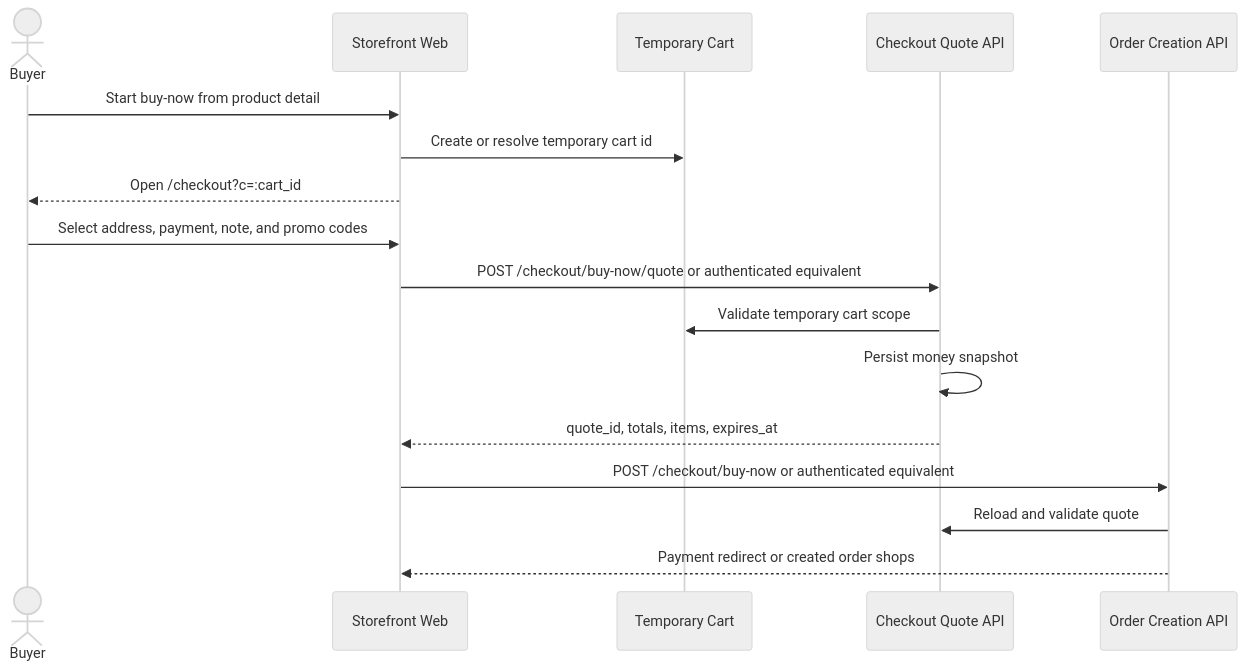
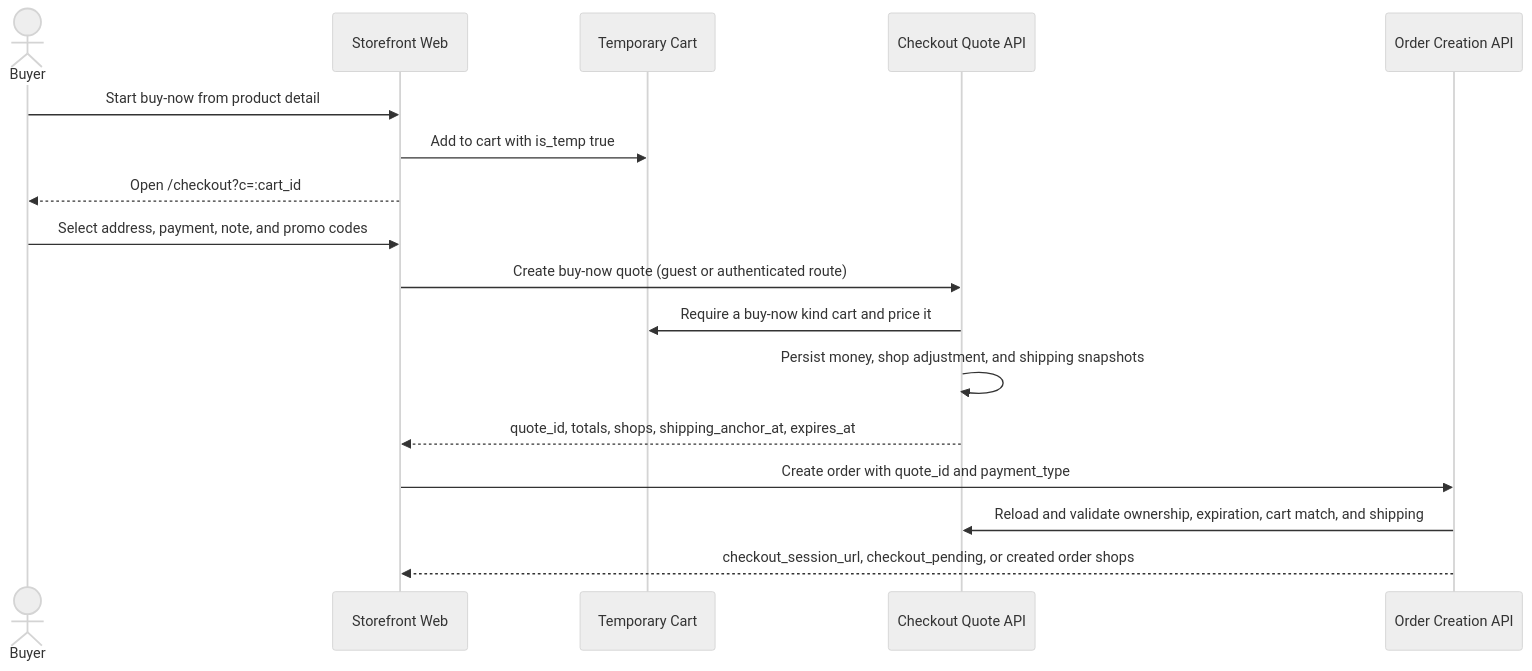
The diagram in docs/features/checkout/flows/buy-now-checkout.md (dauphaihau-arc/arc), drawn with Mermaid (neutral theme) before and after one commit. The commit also changed other lines of this file and 19 other files, not shown here.

Commit message:
docs(checkout): align checkout flows with implemented API contracts

````diff
--- a/docs/features/checkout/flows/buy-now-checkout.md
+++ b/docs/features/checkout/flows/buy-now-checkout.md
@@ -5,20 +5,20 @@
 ```mermaid
 sequenceDiagram
     actor Buyer
     participant Web as Storefront Web
     participant TempCart as Temporary Cart
     participant Quote as Checkout Quote API
     participant Order as Order Creation API
 
     Buyer->>Web: Start buy-now from product detail
-    Web->>TempCart: Create or resolve temporary cart id
+    Web->>TempCart: Add to cart with is_temp true
     Web-->>Buyer: Open /checkout?c=:cart_id
     Buyer->>Web: Select address, payment, note, and promo codes
-    Web->>Quote: POST /checkout/buy-now/quote or authenticated equivalent
-    Quote->>TempCart: Validate temporary cart scope
-    Quote->>Quote: Persist money snapshot
-    Quote-->>Web: quote_id, totals, items, expires_at
-    Web->>Order: POST /checkout/buy-now or authenticated equivalent
-    Order->>Quote: Reload and validate quote
-    Order-->>Web: Payment redirect or created order shops
+    Web->>Quote: Create buy-now quote (guest or authenticated route)
+    Quote->>TempCart: Require a buy-now kind cart and price it
+    Quote->>Quote: Persist money, shop adjustment, and shipping snapshots
+    Quote-->>Web: quote_id, totals, shops, shipping_anchor_at, expires_at
+    Web->>Order: Create order with quote_id and payment_type
+    Order->>Quote: Reload and validate ownership, expiration, cart match, and shipping
+    Order-->>Web: checkout_session_url, checkout_pending, or created order shops
 ```
````
